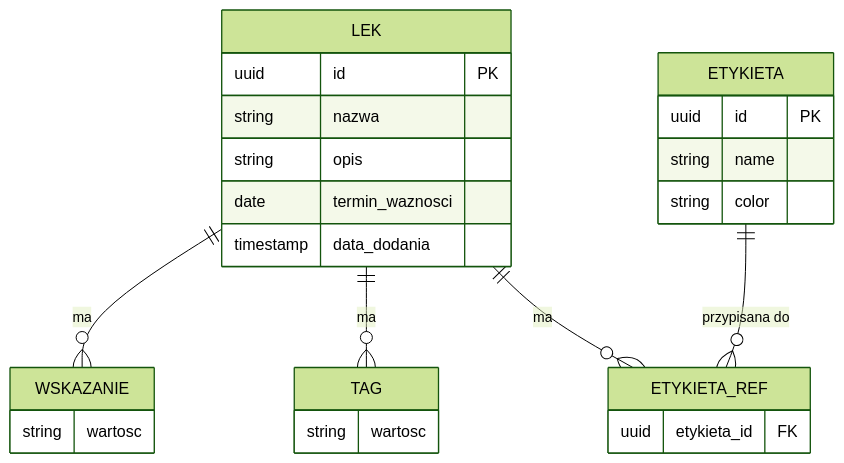
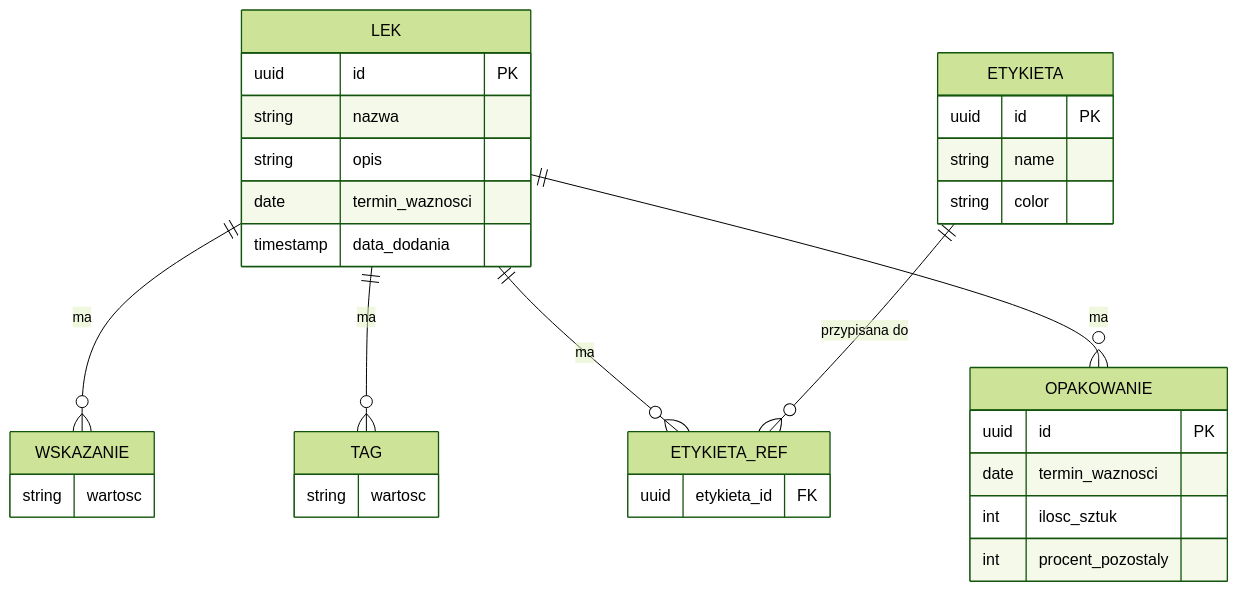
One commit to Rzempal/APPteczka changed the diagram in docs/data_model.md. Above: the diagram before and after it, drawn with Mermaid (forest theme). The commit also changed other lines of this file and 4 other files, not shown here.

````diff
--- a/docs/data_model.md
+++ b/docs/data_model.md
@@ -9,34 +9,42 @@
 ```mermaid
 erDiagram
     LEK {
         uuid id PK
         string nazwa
         string opis
         date termin_waznosci
         timestamp data_dodania
     }
     
     LEK ||--o{ WSKAZANIE : ma
     LEK ||--o{ TAG : ma
     LEK ||--o{ ETYKIETA_REF : ma
+    LEK ||--o{ OPAKOWANIE : ma
+    
+    OPAKOWANIE {
+        uuid id PK
+        date termin_waznosci
+        int ilosc_sztuk
+        int procent_pozostaly
+    }
     
     WSKAZANIE {
         string wartosc
     }
     
     TAG {
         string wartosc
     }
     
     ETYKIETA {
         uuid id PK
         string name
         string color
     }
     
     ETYKIETA_REF {
         uuid etykieta_id FK
     }
     
     ETYKIETA ||--o{ ETYKIETA_REF : "przypisana do"
 ```
````
